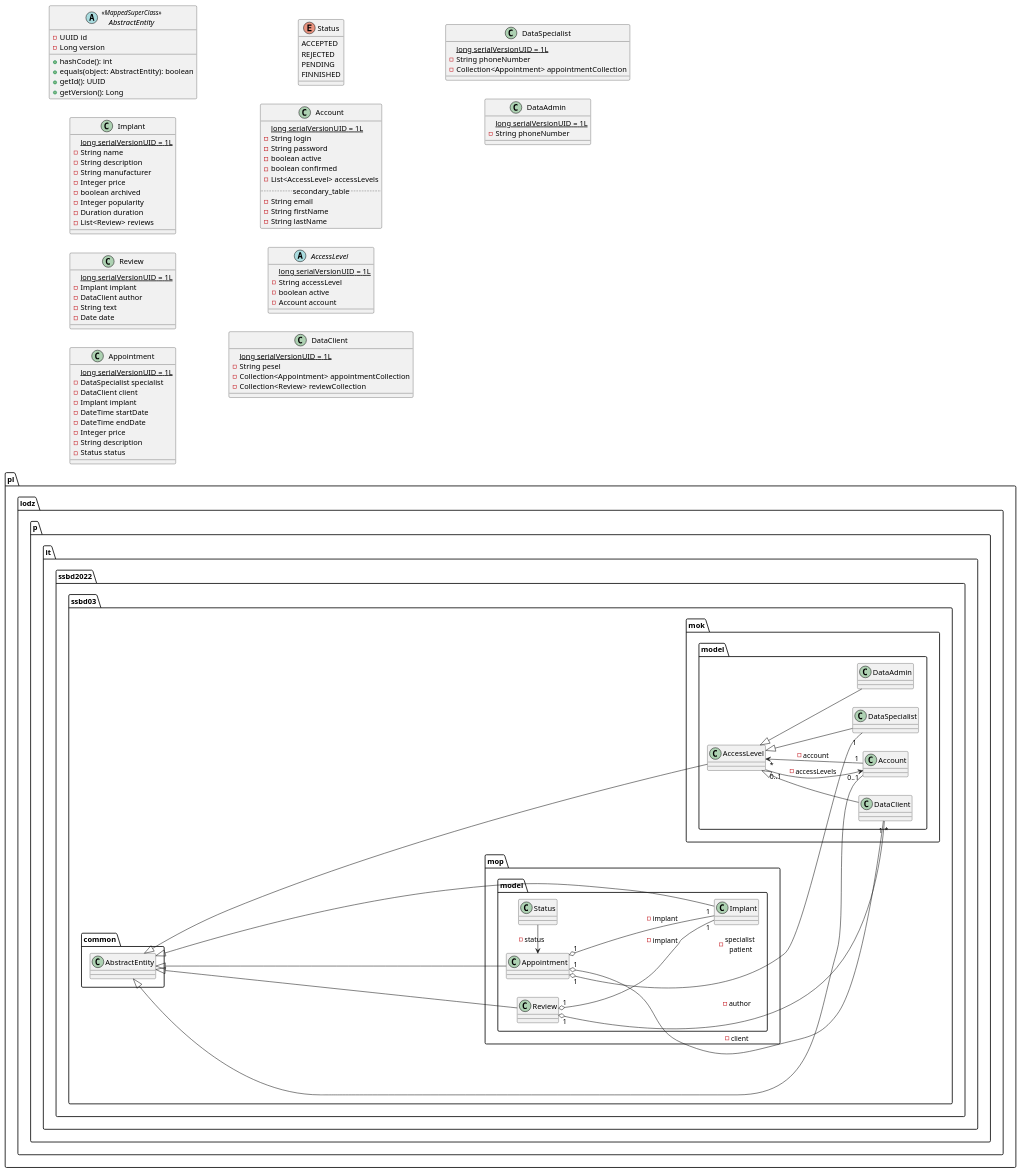
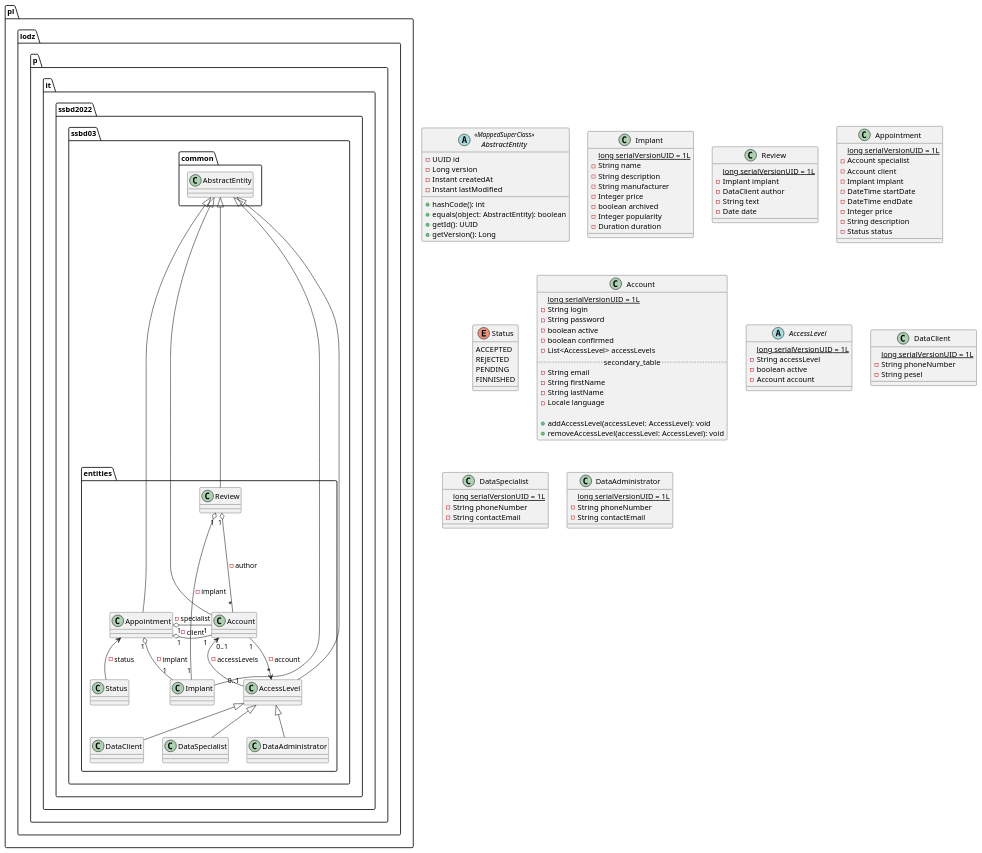
The diagram in src/rozdział 6/mok_class_model.puml (TheVivent-Politechnika-Lodzka/ssbd03_kic_uml), drawn with PlantUML before and after one commit. The commit also changed 1 other file, not shown here.

```diff
--- a/src/rozdział 6/mok_class_model.puml
+++ b/src/rozdział 6/mok_class_model.puml
@@ -1,169 +1,123 @@
 @startuml model
-left to right direction
+' left to right direction
 
-package pl.lodz.p.it.ssbd2022.ssbd03.mok.model {
+package pl.lodz.p.it.ssbd2022.ssbd03.entities {
+' mok
     AccessLevel "*" <-- "1" Account : - account
     Account "0..1" <-- "0..1" AccessLevel : - accessLevels
 
     AccessLevel <|-- DataClient
     AccessLevel <|-- DataSpecialist
-    AccessLevel <|-- DataAdmin
-}
+    AccessLevel <|-- DataAdministrator
 
-package pl.lodz.p.it.ssbd2022.ssbd03.mop.model {
-    Appointment "1" o- "1" DataSpecialist : - specialist \n patient
-    Appointment "1" o- "1" DataClient : - client
+' mop
+    Appointment "1" o- "1" Account : - specialist
+    Appointment "1" o- "1" Account : - client
     Appointment "1" o-- "1" Implant : - implant
-    Review "1" o--- "*" DataClient : - author
-    Review "1" o-- "1" Implant : - implant
-    Appointment <- Status : - status
+    Review "1" o- "1" Implant : - implant
+    Review "1" o--- "*" Account : - author
+    Appointment <-- Status : - status
 }
 
 package pl.lodz.p.it.ssbd2022.ssbd03.common {
     AbstractEntity <|- Account 
     AbstractEntity <|-- AccessLevel
     AbstractEntity <|- Implant
     AbstractEntity <|--- Appointment
     AbstractEntity <|--- Review
 }
 
 
 abstract class AbstractEntity <<MappedSuperClass>> {
     -UUID id
     -Long version
+    -Instant createdAt
+    -Instant lastModified
 
     +hashCode(): int
     +equals(object: AbstractEntity): boolean
     +getId(): UUID
     +getVersion(): Long
 }
 
 class Implant {
     {static} long serialVersionUID = 1L
     -String name
     -String description
     -String manufacturer
     -Integer price
     -boolean archived
     -Integer popularity
     -Duration duration
-    -List<Review> reviews
 }
 
 class Review {
     {static} long serialVersionUID = 1L
     -Implant implant
     -DataClient author
     -String text
     -Date date
 }
 
 class Appointment {
     {static} long serialVersionUID = 1L
-    -DataSpecialist specialist
-    -DataClient client
+    -Account specialist
+    -Account client
     -Implant implant
     -DateTime startDate
     -DateTime endDate
     -Integer price
     -String description
     -Status status
 }
 
 enum Status {
     ACCEPTED
     REJECTED
     PENDING
     FINNISHED
 }
 
 class Account {
     {static} long serialVersionUID = 1L
     -String login
     -String password
     -boolean active
     -boolean confirmed
     -List<AccessLevel> accessLevels
     .. secondary_table ..
     -String email
     -String firstName
     -String lastName
-    ' --
-    ' +Account()
-    ' +Account(
-    '     login: String,
-    '     password: String,
-    '     active: boolean,
-    '     confirmed: boolean,
-    '     accessLevels: List<AccessLevel>,
-    '     email: String,
-    '     firstName: String,
-    '     lastName: String
-    ' )
-    ' +getLogin(): String
-    ' +getPassword(): String
-    ' +isActive(): boolean
-    ' +isConfirmed(): boolean
-    ' +getAccessLevels(): List<AccessLevel>
-    ' +getEmail(): String
-    ' +getFirstName(): String
-    ' +getLastName(): String
-    ' +setLogin(login: String): void
-    ' +setPassword(password: String): void
-    ' +setActive(active: boolean): void
-    ' +setConfirmed(confirmed: boolean): void
-    ' +setEmail(email: String): void
-    ' +setFirstName(firstName: String): void
-    ' +setLastName(lastName: String): void
-    ' +toString(): String
+    -Locale language
+
+    +addAccessLevel(accessLevel: AccessLevel): void
+    +removeAccessLevel(accessLevel: AccessLevel): void
 }
 
 abstract class AccessLevel {
     {static} long serialVersionUID = 1L
     -String accessLevel
     -boolean active
     -Account account
-    ' --
-    ' +getAccessLevel(): String
-    ' +isActive(): boolean
-    ' +getAccount(): Account
-    ' +setAccessLevel(accessLevel: String): void
-    ' +setActive(active: boolean): void
-    ' +setAccount(account: Account): void
-    ' +toString(): String
 }
 
 class DataClient {
     {static} long serialVersionUID = 1L
+    -String phoneNumber
     -String pesel
-    -Collection<Appointment> appointmentCollection
-    -Collection<Review> reviewCollection
-    ' --
-    ' +DataClient()
-    ' +getPesel(): String
-    ' +setPesel(pesel: String): void
-    ' +toString(): String
 }
 
 class DataSpecialist {
     {static} long serialVersionUID = 1L
     -String phoneNumber
-    -Collection<Appointment> appointmentCollection
-    ' --
-    ' +DataDoctor()
-    ' +getPhoneNumber(): String
-    ' +setPhoneNumber(phoneNumber: String): void
-    ' +toString(): String
+    -String contactEmail
 }
 
-class DataAdmin {
+class DataAdministrator {
     {static} long serialVersionUID = 1L
     -String phoneNumber
-    ' --
-    ' +DataAdmin()
-    ' +getPhoneNumber(): String
-    ' +setPhoneNumber(phoneNumber: String): void
-    ' +toString(): String
+    -String contactEmail
 }
 
 @enduml
```
